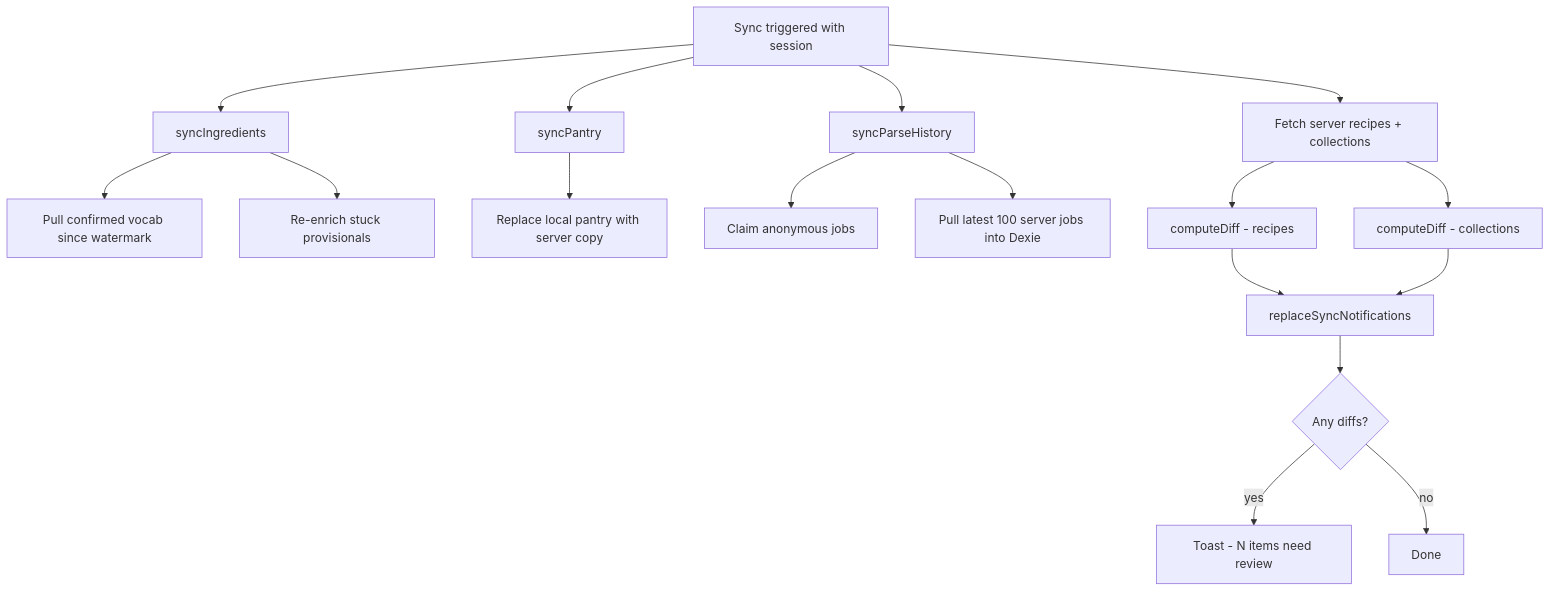
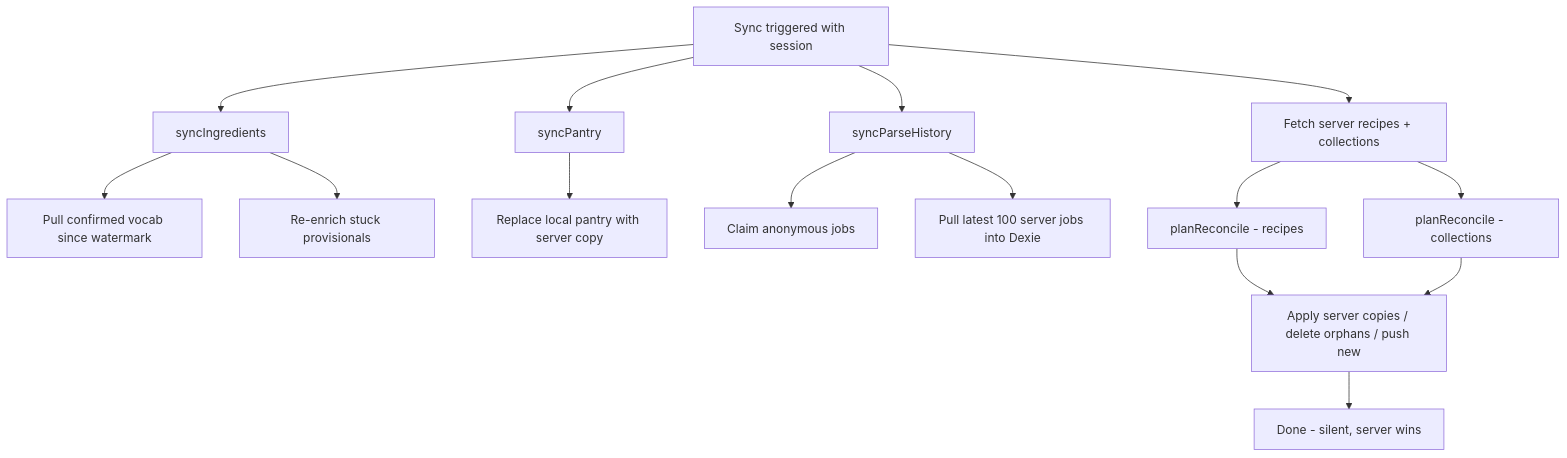
The diagram in docs/explanation/auth-and-sync.md (Sailarn/RecipAI), drawn with Mermaid before and after one commit. The commit also changed other lines of this file and 11 other files, not shown here.

First line of the commit message:
feat(sync): server-wins reconciliation with syncedAt marker, retire review screen

````diff
--- a/docs/explanation/auth-and-sync.md
+++ b/docs/explanation/auth-and-sync.md
@@ -84,23 +84,21 @@
 ```mermaid
 graph TD
     A[Sync triggered with session] --> B[syncIngredients]
     A --> C[syncPantry]
     A --> D[syncParseHistory]
     A --> E[Fetch server recipes + collections]
 
     B --> B1[Pull confirmed vocab since watermark]
     B --> B2[Re-enrich stuck provisionals]
 
     C --> C1[Replace local pantry with server copy]
 
     D --> D1[Claim anonymous jobs]
     D --> D2[Pull latest 100 server jobs into Dexie]
 
-    E --> F[computeDiff - recipes]
-    E --> G[computeDiff - collections]
-    F --> H[replaceSyncNotifications]
+    E --> F[planReconcile - recipes]
+    E --> G[planReconcile - collections]
+    F --> H[Apply server copies / delete orphans / push new]
     G --> H
-    H --> I{Any diffs?}
-    I -->|yes| J[Toast - N items need review]
-    I -->|no| K[Done]
+    H --> K[Done - silent, server wins]
 ```
````
